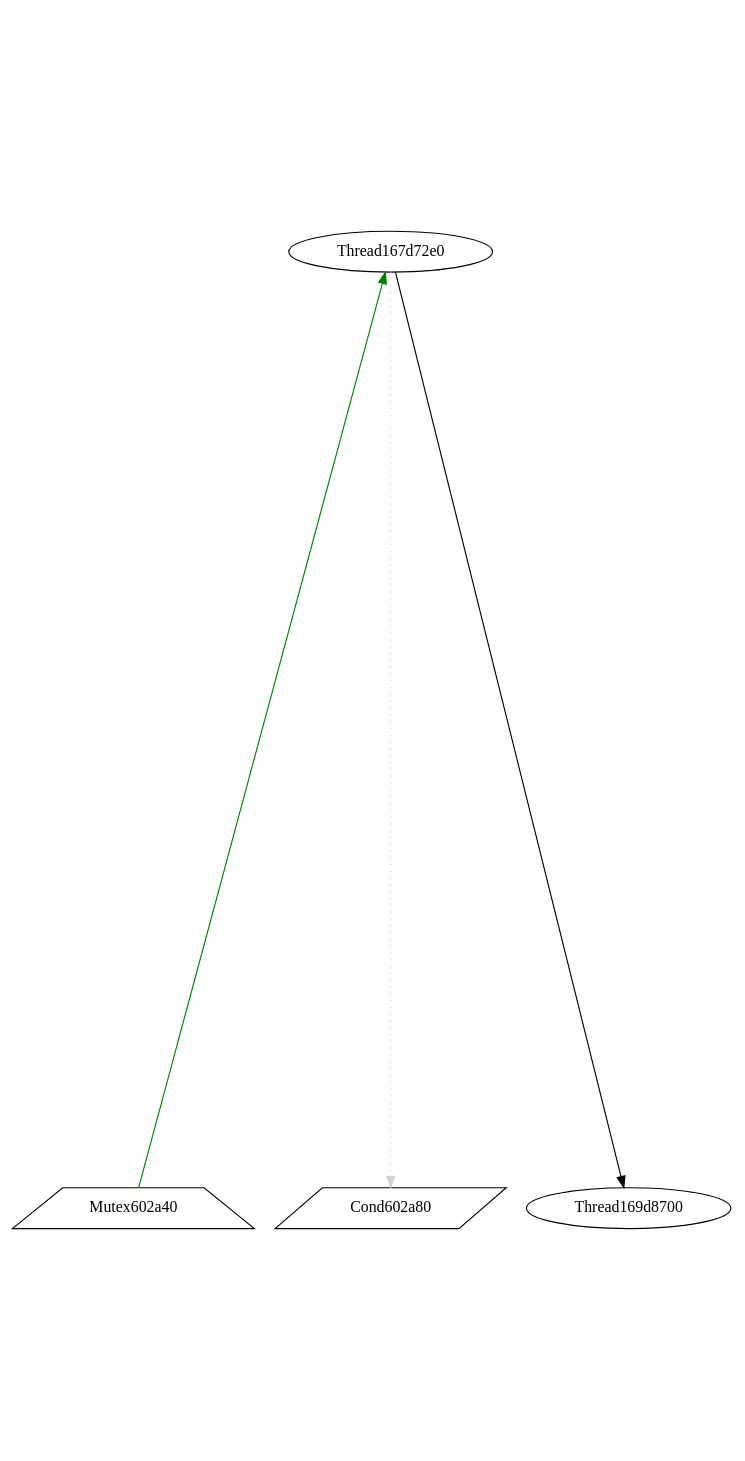
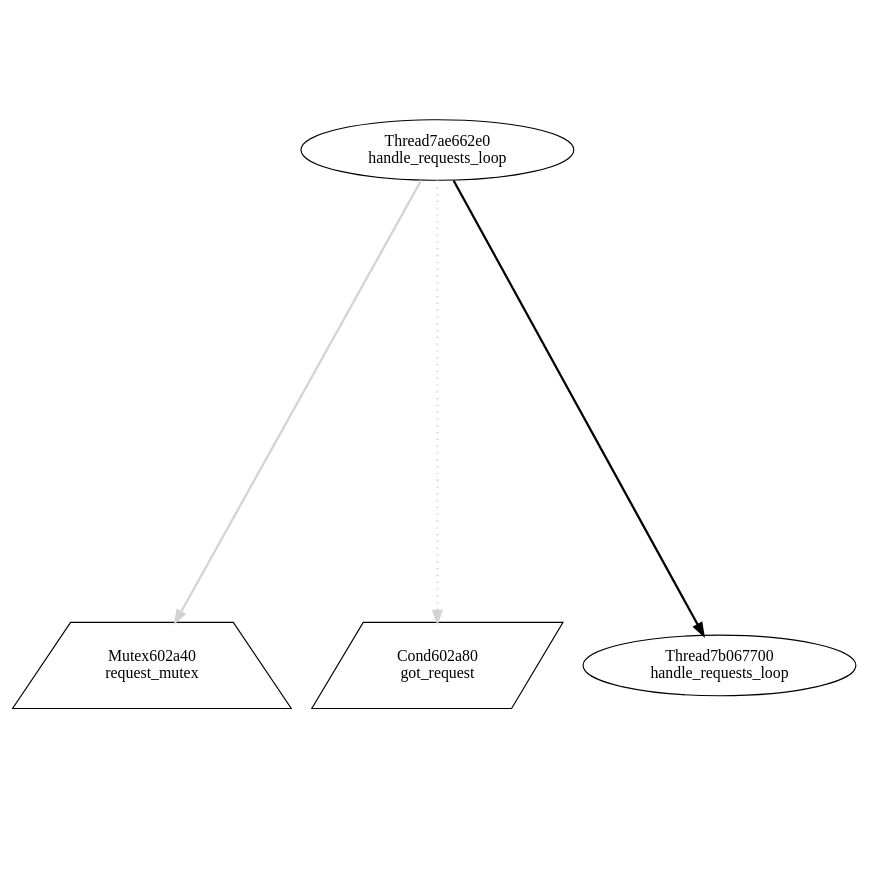
The diagram in view/dot/graph010.dot (v4o6/cs410), drawn with Graphviz before and after one commit. The commit also changed 289 other files, not shown here.

```diff
--- a/view/dot/graph010.dot
+++ b/view/dot/graph010.dot
@@ -1,10 +1,10 @@
 digraph G {
-graph[center=true, ratio=2];
-Mutex602a40 [shape=trapezium,color=black];
-Cond602a80 [shape=parallelogram,color=black];
-Thread169d8700 [color=black];
-Thread167d72e0 [color=black];
-Thread167d72e0 -> Mutex602a40 [arrowhead=normal,color=green,dir=back];
-Thread167d72e0 -> Cond602a80 [style=dotted,color=lightgray];
-Thread167d72e0 -> Thread169d8700 [arrowhead=normal];
+graph[center=true, ratio=1];
+Mutex602a40 [shape=trapezium,color=black,label="Mutex602a40\nrequest_mutex"];
+Cond602a80 [shape=parallelogram,color=black,label="Cond602a80\ngot_request"];
+Thread7ae662e0 [color=black,label="Thread7ae662e0\nhandle_requests_loop"];
+Thread7ae662e0 -> Mutex602a40 [arrowhead=normal,color=lightgray,penwidth=2];
+Thread7ae662e0 -> Cond602a80 [style=dotted,color=lightgray,penwidth=2];
+Thread7ae662e0 -> Thread7b067700 [arrowhead=normal,penwidth=2];
+Thread7b067700 [color=black,label="Thread7b067700\nhandle_requests_loop"];
 }
```
